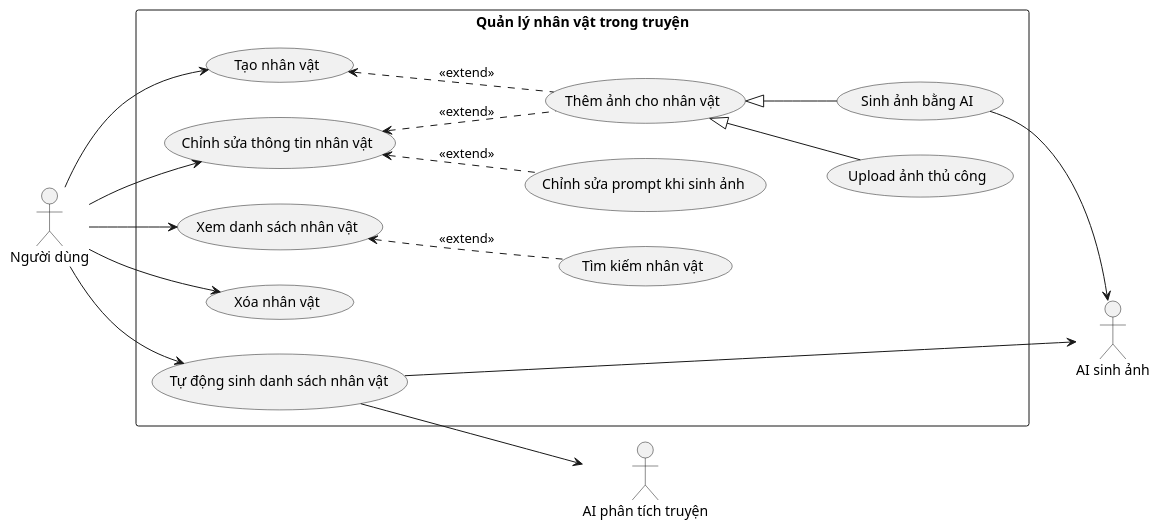
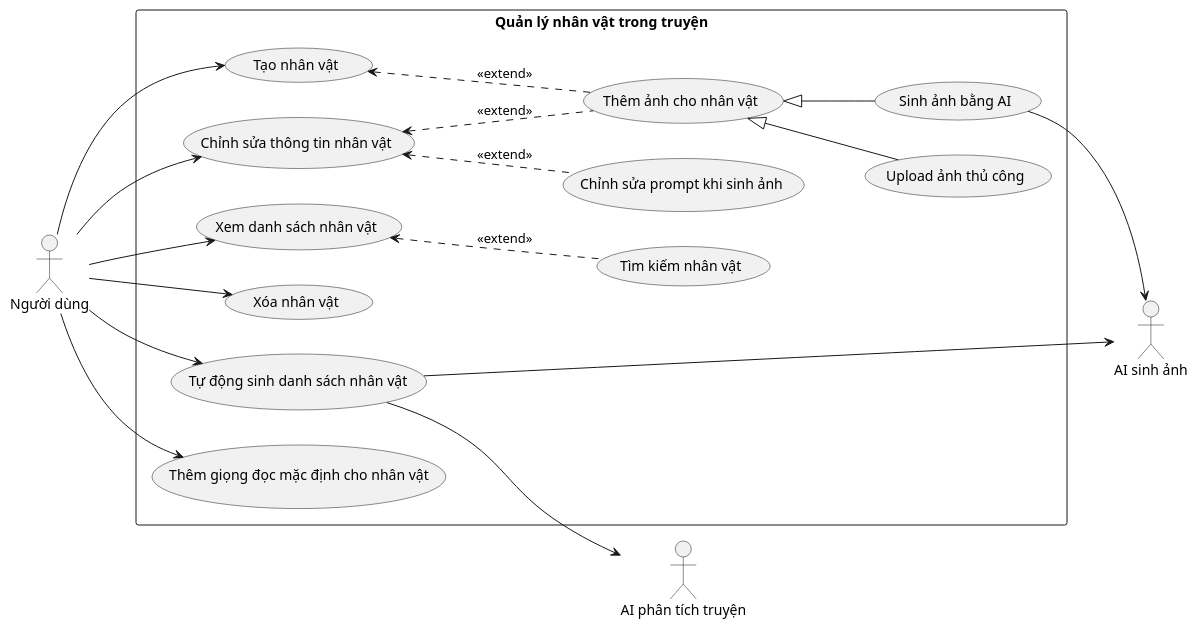
Before and after one commit to 202416852-anhpv/story2video-docs: the diagram in docs/bieu-do-uc/bieu-do-uc-chi-tiet/setup/xay-dung-the-gioi-truyen/quan-ly-nhan-vat.puml, drawn with PlantUML.

```diff
--- a/docs/bieu-do-uc/bieu-do-uc-chi-tiet/setup/xay-dung-the-gioi-truyen/quan-ly-nhan-vat.puml
+++ b/docs/bieu-do-uc/bieu-do-uc-chi-tiet/setup/xay-dung-the-gioi-truyen/quan-ly-nhan-vat.puml
@@ -1,37 +1,39 @@
 @startuml quan-ly-nhan-vat
 left to right direction
 
 actor "Người dùng" as User
 actor "AI sinh ảnh" as AI_IMG
 actor "AI phân tích truyện" as AI_LLM
 
 rectangle "Quản lý nhân vật trong truyện" {
     usecase "Tạo nhân vật" as UC_01
     usecase "Chỉnh sửa thông tin nhân vật" as UC_02
     usecase "Xem danh sách nhân vật" as UC_03
     usecase "Xóa nhân vật" as UC_04
     usecase "Tìm kiếm nhân vật" as UC_05
     usecase "Thêm ảnh cho nhân vật" as UC_06
     usecase "Upload ảnh thủ công" as UC_07
     usecase "Sinh ảnh bằng AI" as UC_08
     usecase "Tự động sinh danh sách nhân vật" as UC_09
     usecase "Chỉnh sửa prompt khi sinh ảnh" as UC_10
+    usecase "Thêm giọng đọc mặc định cho nhân vật" as UC_11
 }
 
 User --> UC_01
 User --> UC_02
 User --> UC_03
 User --> UC_04
 User --> UC_09
+User --> UC_11
 UC_09 --> AI_IMG
 UC_09 --> AI_LLM
 UC_08 --> AI_IMG
 
 UC_03 <.. UC_05 : <<extend>>
 UC_01 <.. UC_06 : <<extend>>
 UC_02 <.. UC_06 : <<extend>>
 UC_02 <.. UC_10 : <<extend>>
 UC_06 <|-- UC_07
 UC_06 <|-- UC_08
 
 @enduml
```
